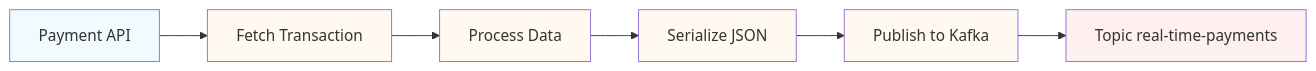
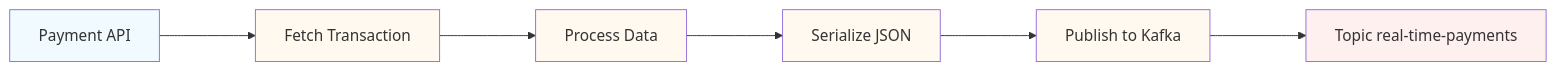
One commit to jefraudai/jefraudai changed the seventh of 11 diagrams in Services/slidev/slides.md. Above: the diagram before and after it, drawn with Mermaid. The commit also changed other lines of this file and 14 other files, not shown here.

````diff
--- a/Services/slidev/slides.md
+++ b/Services/slidev/slides.md
@@ -240,15 +421,15 @@
 ```mermaid
 flowchart LR
-    API[Payment API] --> Fetch[Fetch Transaction]
-    Fetch --> Process[Process Data]
-    Process --> Serialize[Serialize JSON]
-    Serialize --> Publish[Publish to Kafka]
-    Publish --> Topic[Topic real-time-payments]
+    API[Payment API] ---> Fetch[Fetch Transaction]
+    Fetch ---> Process[Process Data]
+    Process ---> Serialize[Serialize JSON]
+    Serialize ---> Publish[Publish to Kafka]
+    Publish ---> Topic[Topic real-time-payments]
     
     style API fill:#e1f5ff,fill-opacity:0.5
     style Fetch fill:#fff4e1,fill-opacity:0.5
     style Process fill:#fff4e1,fill-opacity:0.5
     style Serialize fill:#fff4e1,fill-opacity:0.5
     style Publish fill:#fff4e1,fill-opacity:0.5
     style Topic fill:#ffe1e1,fill-opacity:0.5
 ```
````
